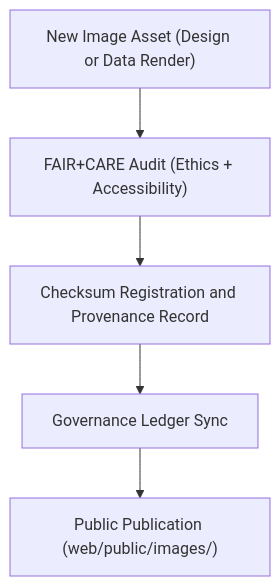
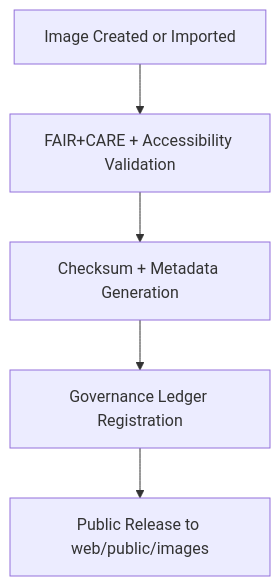
One commit to bartytime4life/Kansas-Frontier-Matrix changed the diagram in web/public/images/README.md. Above: the diagram before and after it, drawn with Mermaid. The commit also changed other lines of this file, not shown here.

````diff
--- a/web/public/images/README.md
+++ b/web/public/images/README.md
@@ -65,7 +57,7 @@
 ```mermaid
 flowchart TD
-    A["New Image Asset (Design or Data Render)"] --> B["FAIR+CARE Audit (Ethics + Accessibility)"]
-    B --> C["Checksum Registration and Provenance Record"]
-    C --> D["Governance Ledger Sync"]
-    D --> E["Public Publication (web/public/images/)"]
+A["Image Created or Imported"] --> B["FAIR+CARE + Accessibility Validation"]
+B --> C["Checksum + Metadata Generation"]
+C --> D["Governance Ledger Registration"]
+D --> E["Public Release to web/public/images"]
 ```
````
